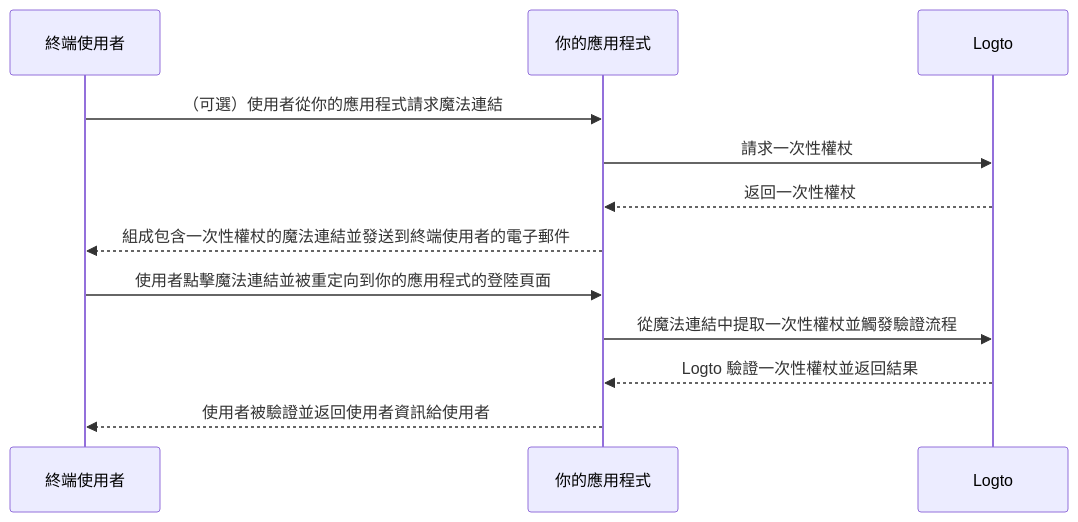
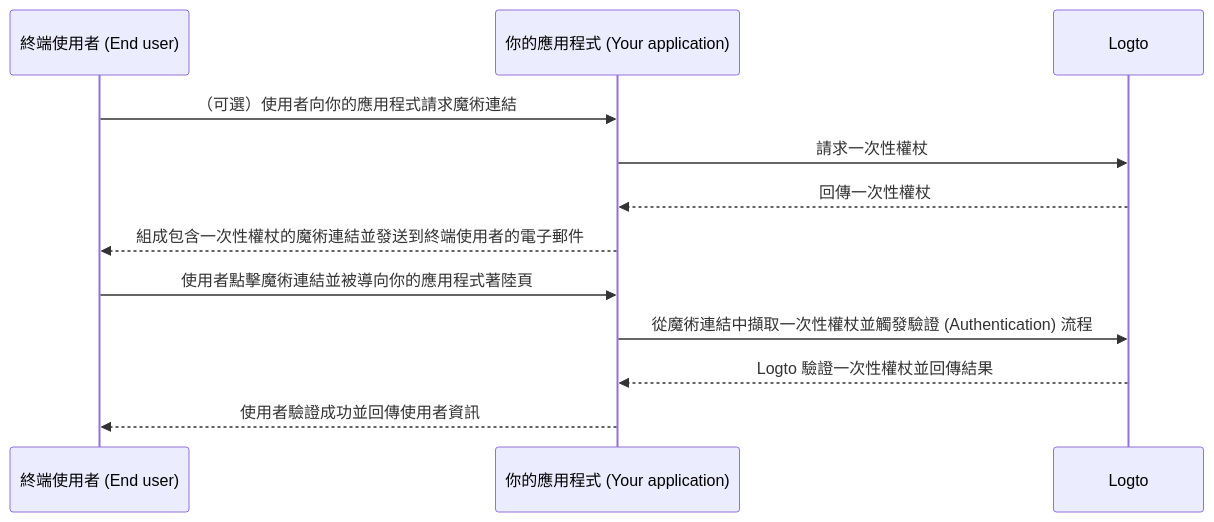
Before and after one commit to logto-io/docs: the diagram in i18n/zh-TW/docusaurus-plugin-content-docs/current/end-user-flows/one-time-token.mdx, drawn with Mermaid. The commit also changed other lines of this file and 233 other files, not shown here.

````diff
--- a/i18n/zh-TW/docusaurus-plugin-content-docs/current/end-user-flows/one-time-token.mdx
+++ b/i18n/zh-TW/docusaurus-plugin-content-docs/current/end-user-flows/one-time-token.mdx
@@ -21,15 +24,15 @@
 ```mermaid
 sequenceDiagram
-  participant U as 終端使用者
-  participant C as 你的應用程式
+  participant U as 終端使用者 (End user)
+  participant C as 你的應用程式 (Your application)
   participant L as Logto
 
-  U ->> C: （可選）使用者從你的應用程式請求魔法連結
+  U ->> C: （可選）使用者向你的應用程式請求魔術連結
   C ->> L: 請求一次性權杖
-  L -->> C: 返回一次性權杖
-  C -->> U: 組成包含一次性權杖的魔法連結並發送到終端使用者的電子郵件
-  U ->> C: 使用者點擊魔法連結並被重定向到你的應用程式的登陸頁面
-  C ->> L: 從魔法連結中提取一次性權杖並觸發驗證流程
-  L -->> C: Logto 驗證一次性權杖並返回結果
-  C -->> U: 使用者被驗證並返回使用者資訊給使用者
+  L -->> C: 回傳一次性權杖
+  C -->> U: 組成包含一次性權杖的魔術連結並發送到終端使用者的電子郵件
+  U ->> C: 使用者點擊魔術連結並被導向你的應用程式著陸頁
+  C ->> L: 從魔術連結中擷取一次性權杖並觸發驗證 (Authentication) 流程
+  L -->> C: Logto 驗證一次性權杖並回傳結果
+  C -->> U: 使用者驗證成功並回傳使用者資訊
 ```
````
